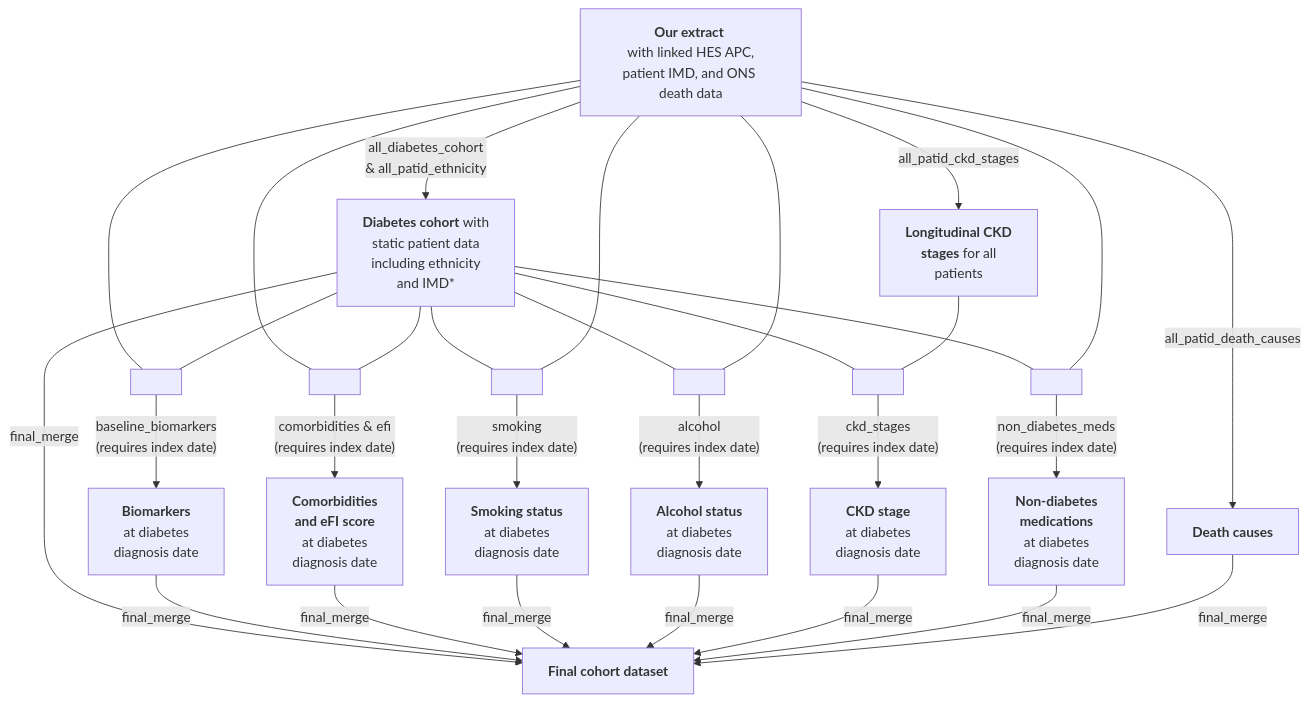
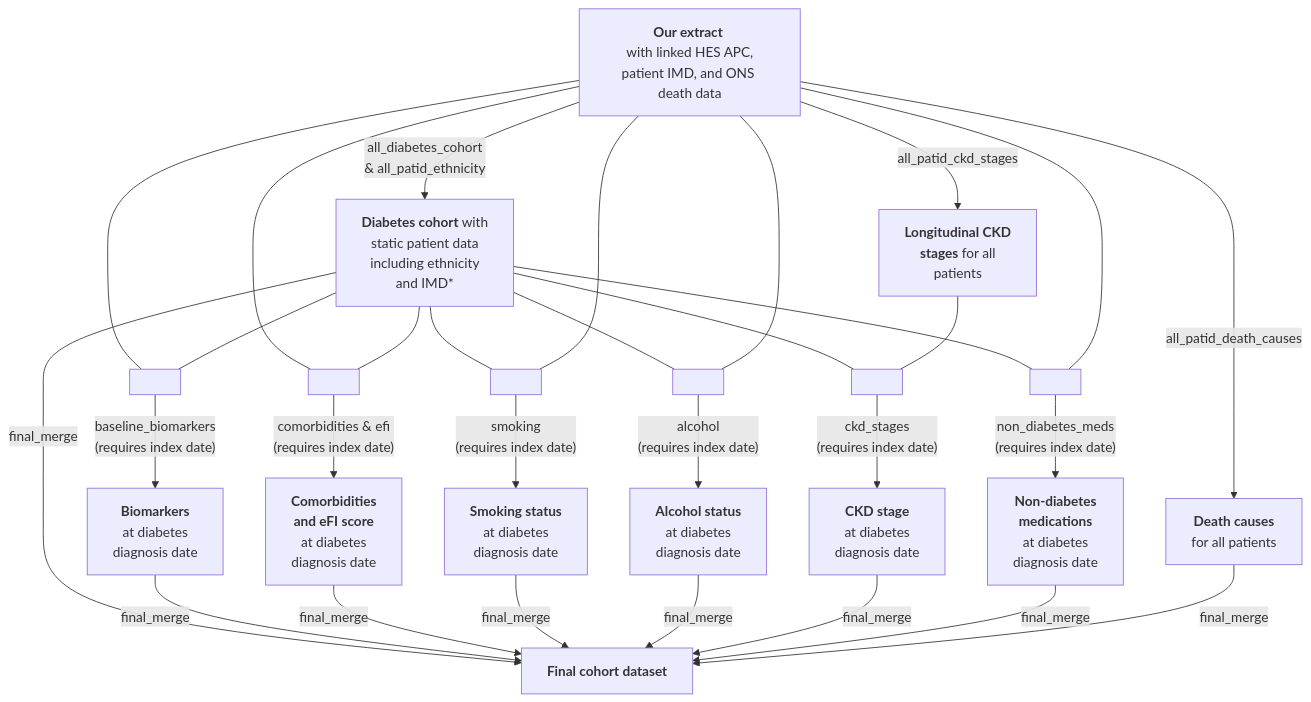
Before and after one commit to Exeter-Diabetes/CPRD-Cohort-scripts: the diagram in 01-At-diagnosis/README.md, drawn with Mermaid.

````diff
--- a/01-At-diagnosis/README.md
+++ b/01-At-diagnosis/README.md
@@ -11,40 +11,40 @@
 ```mermaid
 graph TD;
     A["<b>Our extract</b> <br> with linked HES APC, patient IMD, and ONS death data"] --> |"all_diabetes_cohort <br> & all_patid_ethnicity"|B["<b>Diabetes cohort</b> with <br> static patient data <br> including ethnicity <br> and IMD*"]
     A-->|"all_patid_ckd_stages"|C["<b>Longitudinal CKD <br> stages</b> for all <br> patients"]
 
-    A-->|"all_patid_death_causes"|L["<b>Death causes</b>"]
+    A-->|"all_patid_death_causes"|L["<b>Death causes</b><br>for all patients"]
 
     A---M[ ]:::empty
     B---M
     M-->|"baseline_biomarkers <br> (requires index date)"|E["<b>Biomarkers</b> <br> at diabetes <br> diagnosis date"]
    
     A---N[ ]:::empty
     B---N
     N-->|"comorbidities & efi<br>(requires index date)"|F["<b>Comorbidities<br>and eFI score</b> <br> at diabetes <br> diagnosis date"]
 
     B---O[ ]:::empty
     A---O
     O-->|"smoking <br> (requires index date)"|G["<b>Smoking status</b> <br> at diabetes <br> diagnosis date"]
     
     B---P[ ]:::empty
     A---P
     P-->|"alcohol <br> (requires index date)"|H["<b>Alcohol status</b> <br> at diabetes <br> diagnosis date"]
 
     B---R[ ]:::empty
     A---R
     R-->|"non_diabetes_meds <br> (requires index date)"|K["<b>Non-diabetes<br>medications</b> <br> at diabetes <br> diagnosis date"]
 
     B---Q[ ]:::empty
     C---Q
     Q-->|"ckd_stages <br> (requires index date)"|I["<b>CKD stage </b> <br> at diabetes <br> diagnosis date"]
 
     B-->|"final_merge"|J["<b>Final cohort dataset</b>"]
     E-->|"final_merge"|J
     F-->|"final_merge"|J
     G-->|"final_merge"|J
     H-->|"final_merge"|J
     I-->|"final_merge"|J
     K-->|"final_merge"|J
     L-->|"final_merge"|J
 ```
````
